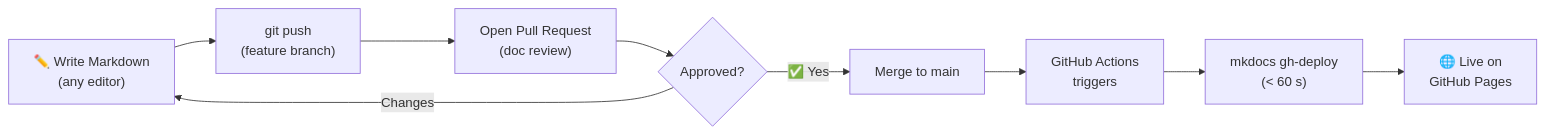
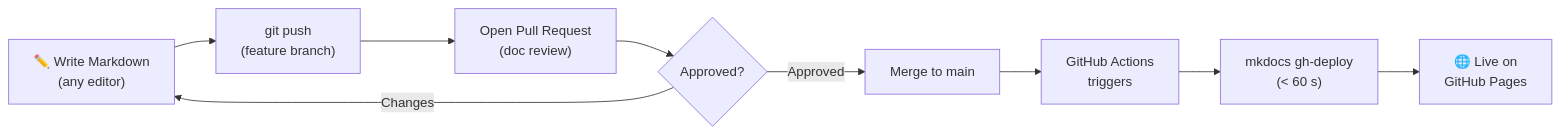
Before and after one commit to 12shubham/mkdocs-demo: the diagram in docs/framework/index.md, drawn with Mermaid. The commit also changed other lines of this file and 14 other files, not shown here.

````diff
--- a/docs/framework/index.md
+++ b/docs/framework/index.md
@@ -71,11 +71,11 @@
 ```mermaid
 graph LR
     A["✏️ Write Markdown\n(any editor)"] --> B["git push\n(feature branch)"]
     B --> C["Open Pull Request\n(doc review)"]
     C --> D{"Approved?"}
     D -->|Changes| A
-    D -->|"✅ Yes"| E["Merge to main"]
+    D -->|Approved| E["Merge to main"]
     E --> F["GitHub Actions\ntriggers"]
     F --> G["mkdocs gh-deploy\n(< 60 s)"]
     G --> H["🌐 Live on\nGitHub Pages"]
 ```
````
